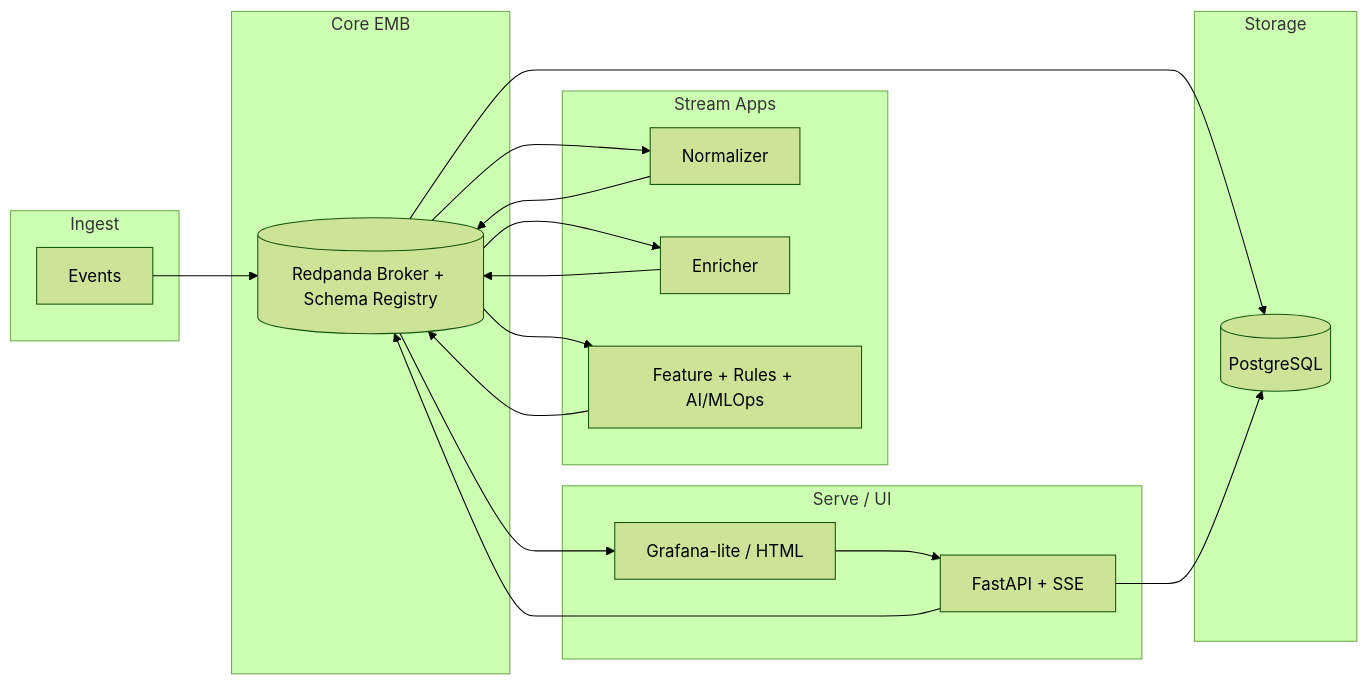
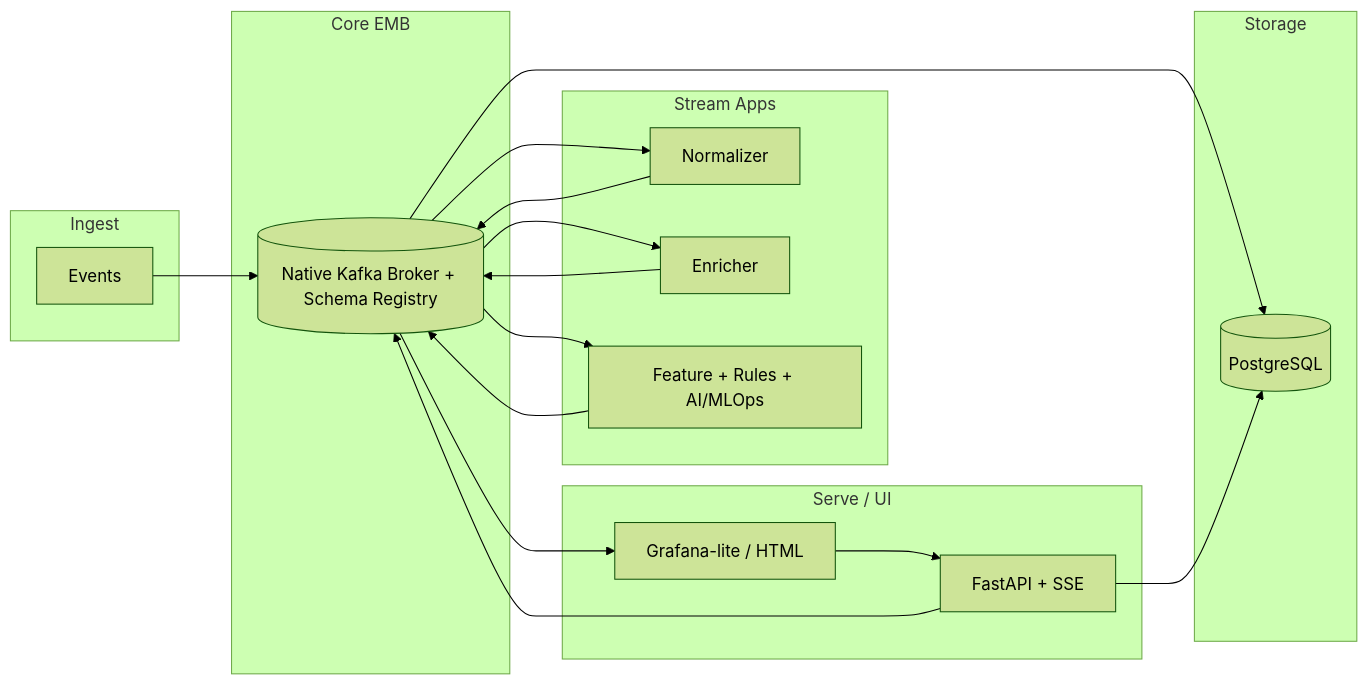
The diagram in README.md (lILogit/Observio), drawn with Mermaid (forest theme) before and after one commit.

`````diff
--- a/README.md
+++ b/README.md
@@ -23,35 +23,35 @@
 ```mermaid
 flowchart LR
   subgraph Ingest
     Agent["Events"]
   end
 
   subgraph Core["Core EMB"]
-    Bus[(Redpanda Broker + Schema Registry)]
+    Bus[( Native Kafka Broker + Schema Registry)]
   end
 
   subgraph Stream["Stream Apps"]
     Norm[Normalizer]
     Enr[Enricher]
     Feat[Feature + Rules + AI/MLOps]
   end
 
   subgraph Storage
     PG[(PostgreSQL)]
   end
 
   subgraph Serve["Serve / UI"]
     API[FastAPI + SSE]
     UI[Grafana-lite / HTML]
   end
 
   Agent --> Bus
   Bus --> Norm --> Bus
   Bus --> Enr --> Bus
   Bus --> Feat --> Bus
   Bus --> PG
   API --> PG
   API --> Bus
   Bus --> UI
   UI --> API
 ````
`````
